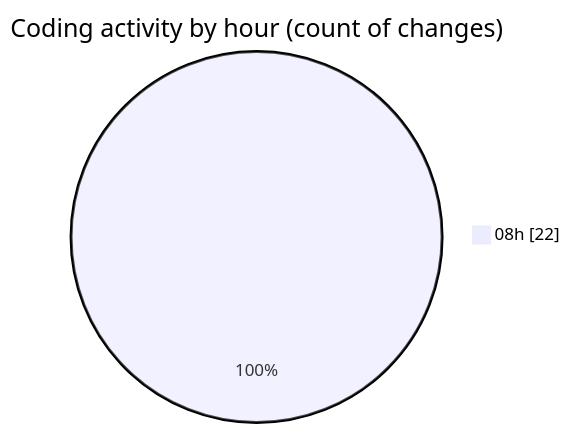
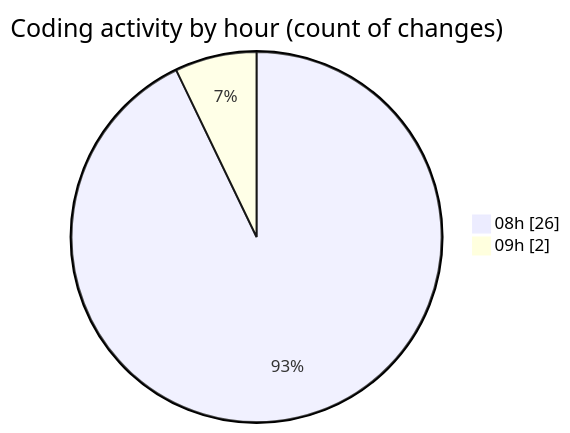
Before and after one commit to Elitesun/code-tracking: the second of 2 diagrams in 2025-02-24/elitesgpt/README.md, drawn with Mermaid. The commit also changed other lines of this file and 1 other file, not shown here.

````diff
--- a/2025-02-24/elitesgpt/README.md
+++ b/2025-02-24/elitesgpt/README.md
@@ -30,5 +30,6 @@
 ```mermaid
 pie showData
 title Coding activity by hour (count of changes)
-"08h" : 22
+"08h" : 26
+"09h" : 2
 ```
````
